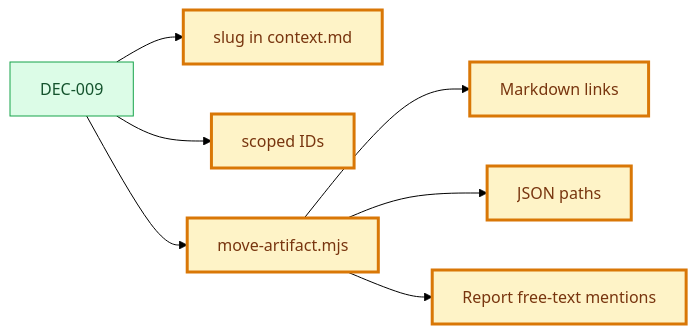
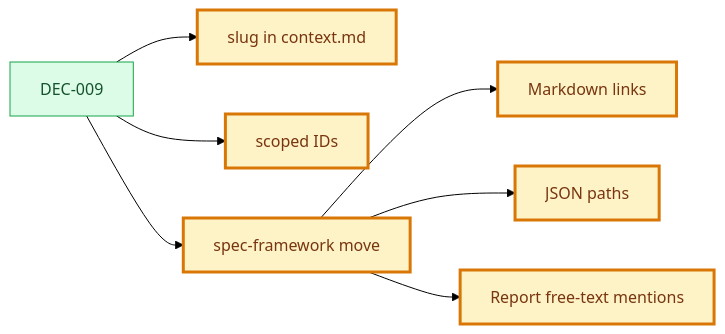
The diagram in examples/events/knowledge/decisions/DEC-009-identity-and-move-tooling.md (JonatasFreireDev/spec-framework), drawn with Mermaid (forest theme) before and after one commit. The commit also changed other lines of this file and 71 other files, not shown here.

````diff
--- a/examples/events/knowledge/decisions/DEC-009-identity-and-move-tooling.md
+++ b/examples/events/knowledge/decisions/DEC-009-identity-and-move-tooling.md
@@ -45,17 +45,17 @@
 ```mermaid
 flowchart LR
   D["DEC-009"] --> S["slug in context.md"]
   D --> I["scoped IDs"]
-  D --> M["move-artifact.mjs"]
+  D --> M["spec-framework move"]
   M --> L["Markdown links"]
   M --> J["JSON paths"]
   M --> R["Report free-text mentions"]
 
   classDef done fill:#dcfce7,stroke:#16a34a,color:#14532d;
   classDef current fill:#fef3c7,stroke:#d97706,color:#78350f,stroke-width:3px;
   classDef pending fill:#f8fafc,stroke:#94a3b8,color:#334155;
   classDef blocked fill:#fee2e2,stroke:#dc2626,color:#7f1d1d;
 
   class D done;
   class S,I,M,L,J,R current;
 ```
````
